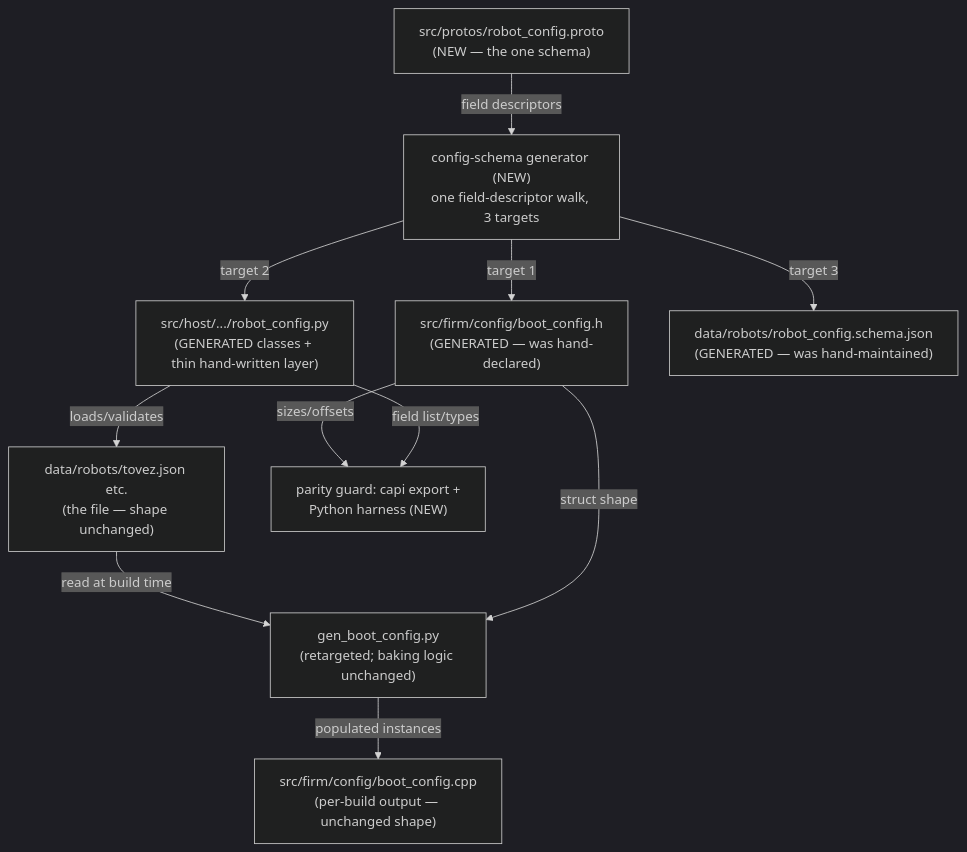
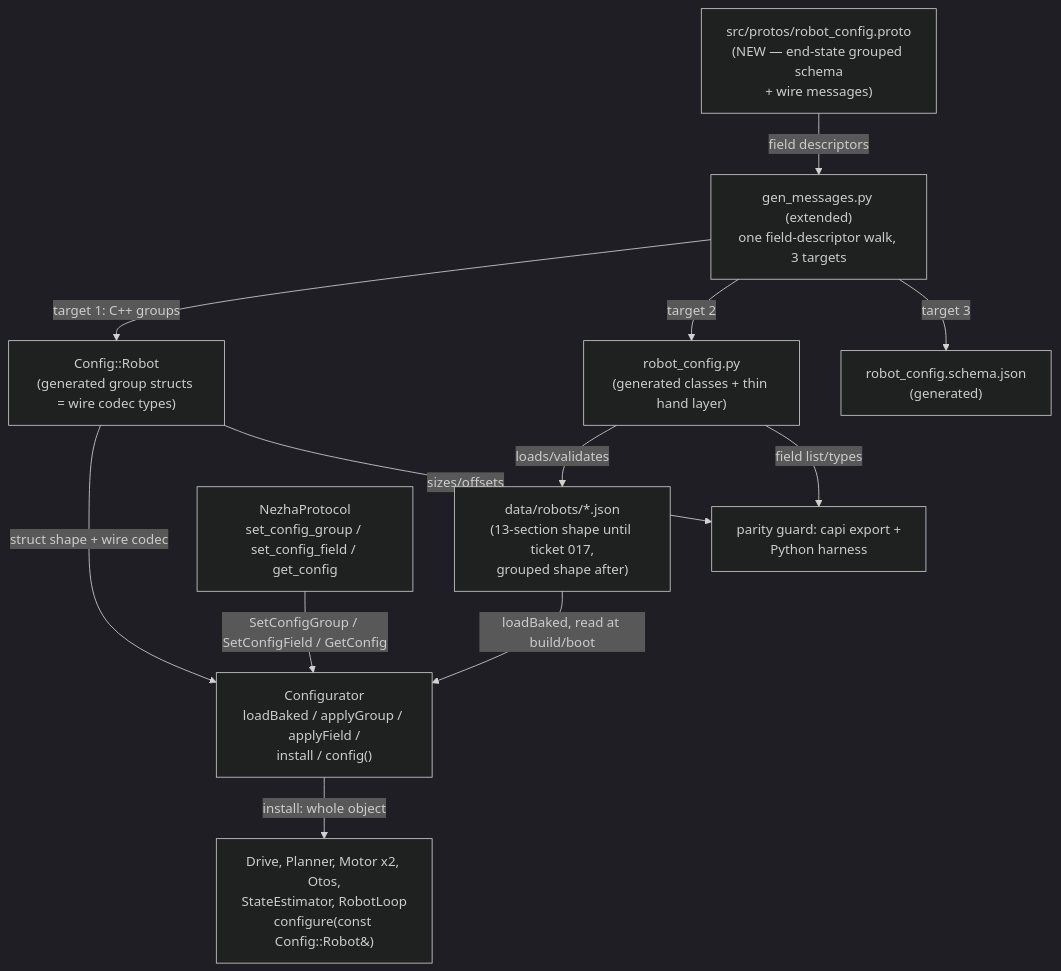
One commit to League-Robotics/radio-robot changed the first of 2 diagrams in clasi/sprints/132-configuration-discipline-read-back-and-per-wheel-drive-calibration-over-the-wire/sprint.md. Above: the diagram before and after it, drawn with Mermaid (dark theme). The commit also changed other lines of this file and 20 other files, not shown here.

First line of the commit message:
132: ticket the full-scope configuration-object sprint (19 tickets)

````diff
--- a/clasi/sprints/132-configuration-discipline-read-back-and-per-wheel-drive-calibration-over-the-wire/sprint.md
+++ b/clasi/sprints/132-configuration-discipline-read-back-and-per-wheel-drive-calibration-over-the-wire/sprint.md
@@ -431,23 +668,25 @@
 ```mermaid
 graph TB
-    RobotJSON["data/robots/tovez.json etc.<br/>(the file — shape unchanged)"]
-    Proto["src/protos/robot_config.proto<br/>(NEW — the one schema)"]
-    SchemaGen["config-schema generator (NEW)<br/>one field-descriptor walk, 3 targets"]
-    CppStructs["src/firm/config/boot_config.h<br/>(GENERATED — was hand-declared)"]
-    Pydantic["src/host/.../robot_config.py<br/>(GENERATED classes + thin hand-written layer)"]
-    JsonSchema["data/robots/robot_config.schema.json<br/>(GENERATED — was hand-maintained)"]
-    Baker["gen_boot_config.py<br/>(retargeted; baking logic unchanged)"]
-    BootCpp["src/firm/config/boot_config.cpp<br/>(per-build output — unchanged shape)"]
-    ParityGuard["parity guard: capi export +<br/>Python harness (NEW)"]
+    RobotJSON["data/robots/*.json<br/>(13-section shape until ticket 017,<br/>grouped shape after)"]
+    Proto["src/protos/robot_config.proto<br/>(NEW — end-state grouped schema<br/>+ wire messages)"]
+    Gen["gen_messages.py (extended)<br/>one field-descriptor walk, 3 targets"]
+    ConfigRobot["Config::Robot<br/>(generated group structs = wire codec types)"]
+    Pydantic["robot_config.py<br/>(generated classes + thin hand layer)"]
+    JsonSchema["robot_config.schema.json<br/>(generated)"]
+    Configurator["Configurator<br/>loadBaked / applyGroup / applyField /<br/>install / config()"]
+    Consumers["Drive, Planner, Motor x2, Otos,<br/>StateEstimator, RobotLoop<br/>configure(const Config::Robot&)"]
+    HostProto["NezhaProtocol<br/>set_config_group / set_config_field / get_config"]
+    ParityGuard["parity guard: capi export +<br/>Python harness"]
 
-    Proto -->|field descriptors| SchemaGen
-    SchemaGen -->|target 1| CppStructs
-    SchemaGen -->|target 2| Pydantic
-    SchemaGen -->|target 3| JsonSchema
-    RobotJSON -->|read at build time| Baker
-    CppStructs -->|struct shape| Baker
-    Baker -->|populated instances| BootCpp
+    Proto -->|field descriptors| Gen
+    Gen -->|target 1: C++ groups| ConfigRobot
+    Gen -->|target 2| Pydantic
+    Gen -->|target 3| JsonSchema
+    RobotJSON -->|loadBaked, read at build/boot| Configurator
+    ConfigRobot -->|struct shape + wire codec| Configurator
+    Configurator -->|install: whole object| Consumers
     Pydantic -->|loads/validates| RobotJSON
-    CppStructs -->|sizes/offsets| ParityGuard
+    HostProto -->|SetConfigGroup / SetConfigField / GetConfig| Configurator
+    ConfigRobot -->|sizes/offsets| ParityGuard
     Pydantic -->|field list/types| ParityGuard
 ```
````
